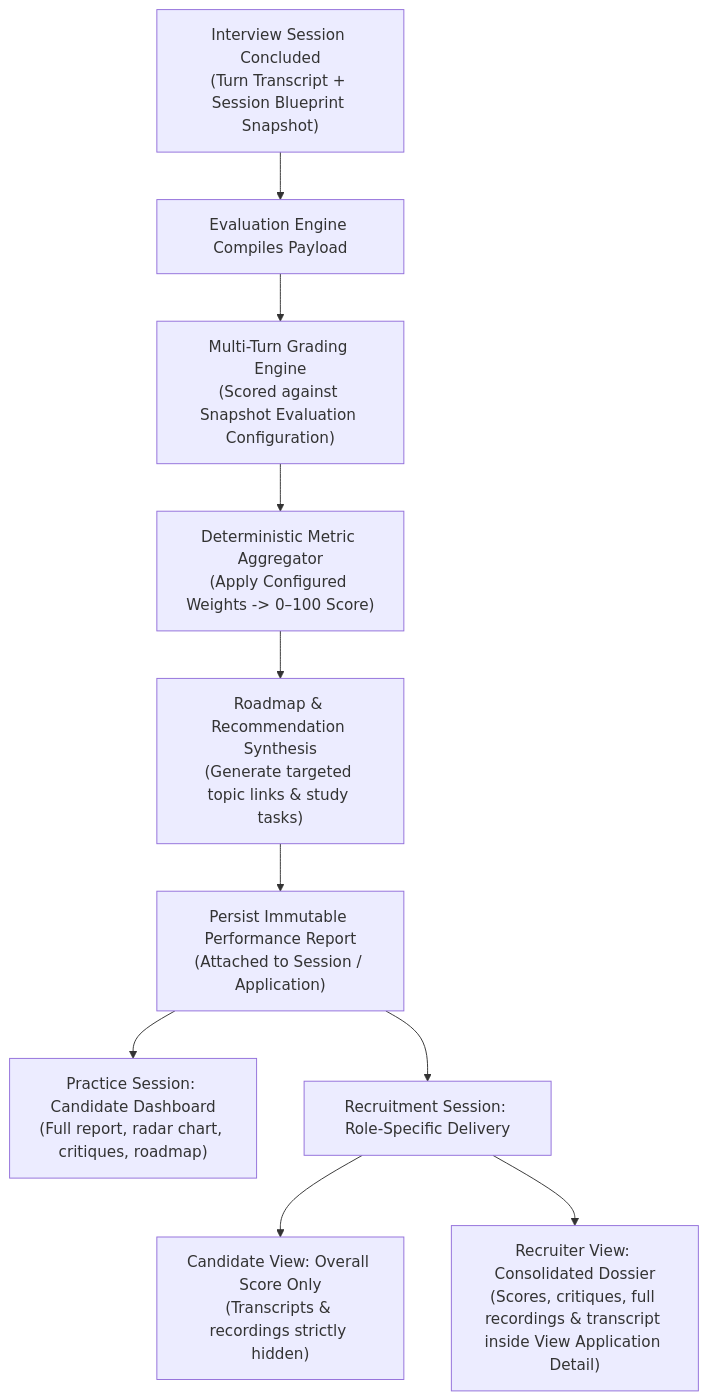
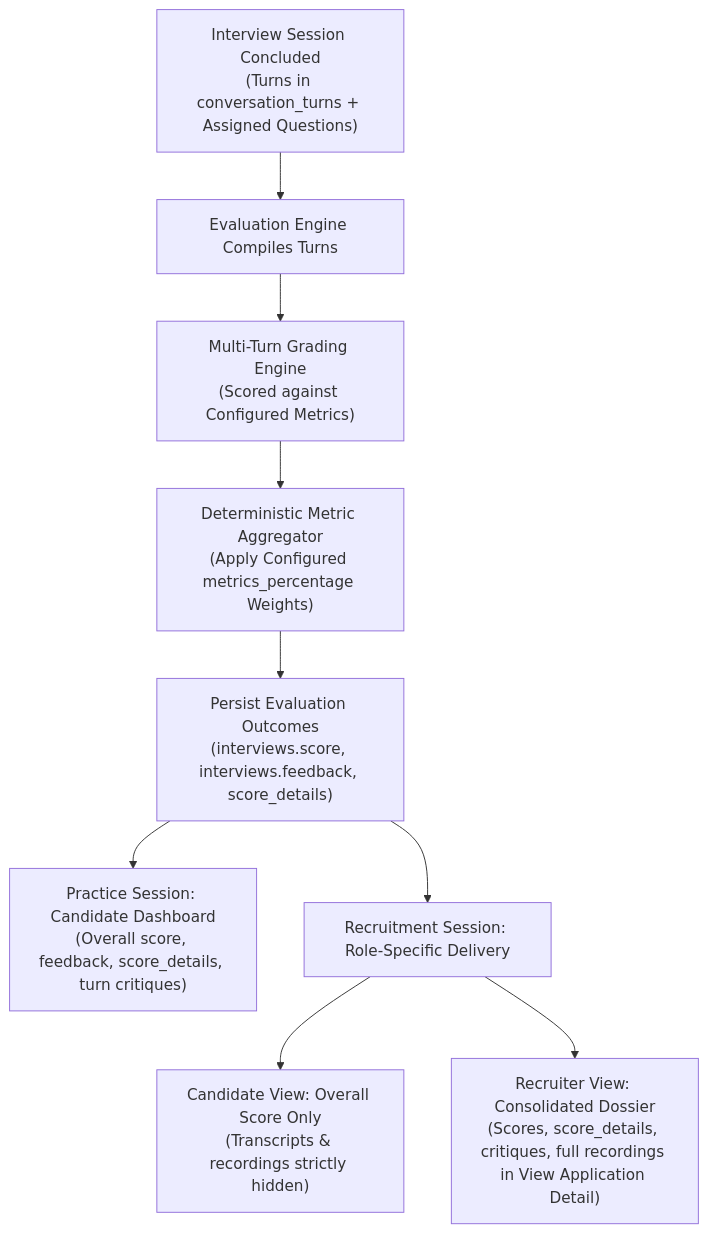
One commit to cog-forge/role-cue-brain changed the diagram in 01_Domains/Evaluation/README.md. Above: the diagram before and after it, drawn with Mermaid. The commit also changed other lines of this file and 11 other files, not shown here.

````diff
--- a/01_Domains/Evaluation/README.md
+++ b/01_Domains/Evaluation/README.md
@@ -67,13 +63,12 @@
 ```mermaid
 flowchart TD
-    A["Interview Session Concluded<br/>(Turn Transcript + Session Blueprint Snapshot)"] --> B["Evaluation Engine Compiles Payload"]
-    B --> C["Multi-Turn Grading Engine<br/>(Scored against Snapshot Evaluation Configuration)"]
-    D --> E["Roadmap & Recommendation Synthesis<br/>(Generate targeted topic links & study tasks)"]
-    C --> D["Deterministic Metric Aggregator<br/>(Apply Configured Weights -> 0–100 Score)"]
-    E --> F["Persist Immutable Performance Report<br/>(Attached to Session / Application)"]
+    A["Interview Session Concluded<br/>(Turns in conversation_turns + Assigned Questions)"] --> B["Evaluation Engine Compiles Turns"]
+    B --> C["Multi-Turn Grading Engine<br/>(Scored against Configured Metrics)"]
+    C --> D["Deterministic Metric Aggregator<br/>(Apply Configured metrics_percentage Weights)"]
+    D --> E["Persist Evaluation Outcomes<br/>(interviews.score, interviews.feedback, score_details)"]
     
-    F --> G1["Practice Session: Candidate Dashboard<br/>(Full report, radar chart, critiques, roadmap)"]
-    F --> G2["Recruitment Session: Role-Specific Delivery"]
+    E --> G1["Practice Session: Candidate Dashboard<br/>(Overall score, feedback, score_details, turn critiques)"]
+    E --> G2["Recruitment Session: Role-Specific Delivery"]
     G2 --> H1["Candidate View: Overall Score Only<br/>(Transcripts & recordings strictly hidden)"]
-    G2 --> H2["Recruiter View: Consolidated Dossier<br/>(Scores, critiques, full recordings & transcript inside View Application Detail)"]
+    G2 --> H2["Recruiter View: Consolidated Dossier<br/>(Scores, score_details, critiques, full recordings in View Application Detail)"]
 ```
````
